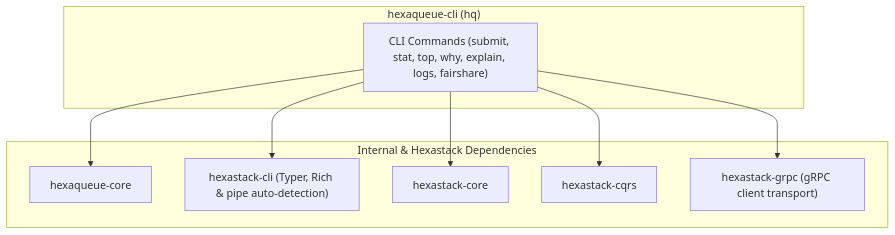
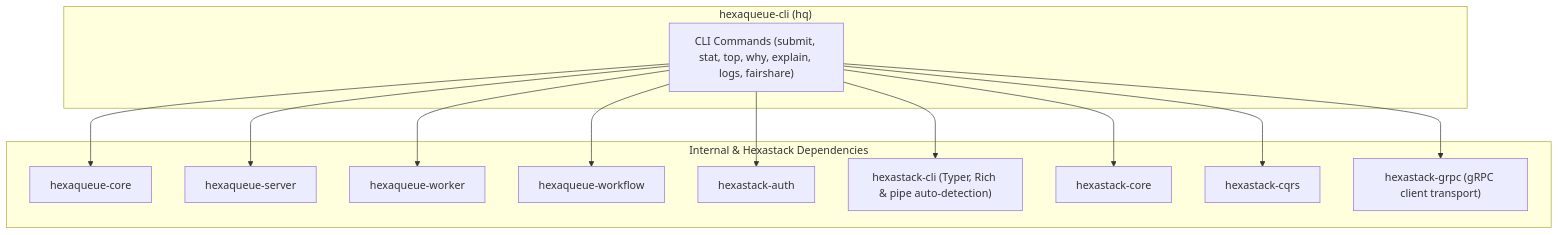
One commit to TheTrueSCU/hexaqueue changed the diagram in packages/hexaqueue_cli/README.md. Above: the diagram before and after it, drawn with Mermaid. The commit also changed other lines of this file and 32 other files, not shown here.

````diff
--- a/packages/hexaqueue_cli/README.md
+++ b/packages/hexaqueue_cli/README.md
@@ -20,20 +20,28 @@
 ```mermaid
 graph TD
     subgraph S1["hexaqueue-cli (hq)"]
         COMMANDS["CLI Commands (submit, stat, top, why, explain, logs, fairshare)"]
     end
 
     subgraph S2["Internal & Hexastack Dependencies"]
         HQ_CORE["hexaqueue-core"]
+        HQ_SERVER["hexaqueue-server"]
+        HQ_WORKER["hexaqueue-worker"]
+        HQ_WORKFLOW["hexaqueue-workflow"]
+        HS_AUTH["hexastack-auth"]
         HS_CLI["hexastack-cli (Typer, Rich & pipe auto-detection)"]
         HS_CORE["hexastack-core"]
         HS_CQRS["hexastack-cqrs"]
         HS_GRPC["hexastack-grpc (gRPC client transport)"]
     end
 
     COMMANDS --> HQ_CORE
+    COMMANDS --> HQ_SERVER
+    COMMANDS --> HQ_WORKER
+    COMMANDS --> HQ_WORKFLOW
+    COMMANDS --> HS_AUTH
     COMMANDS --> HS_CLI
     COMMANDS --> HS_CORE
     COMMANDS --> HS_CQRS
     COMMANDS --> HS_GRPC
 ```
````
